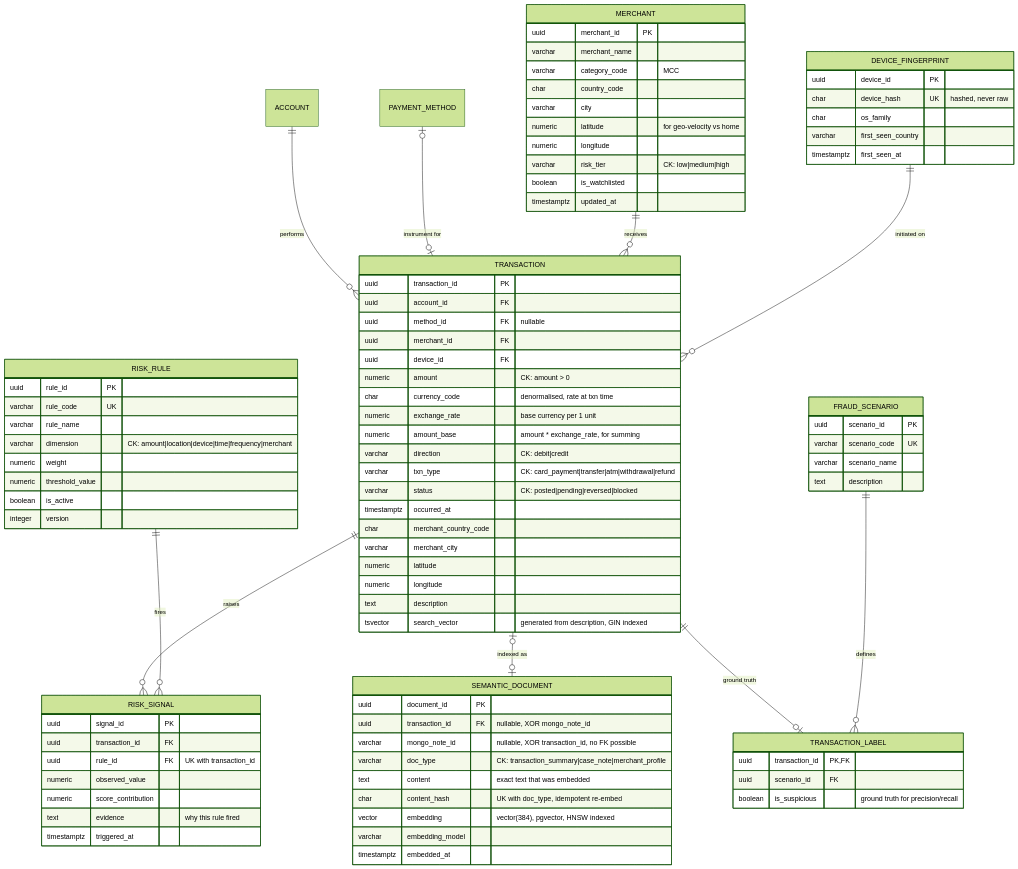
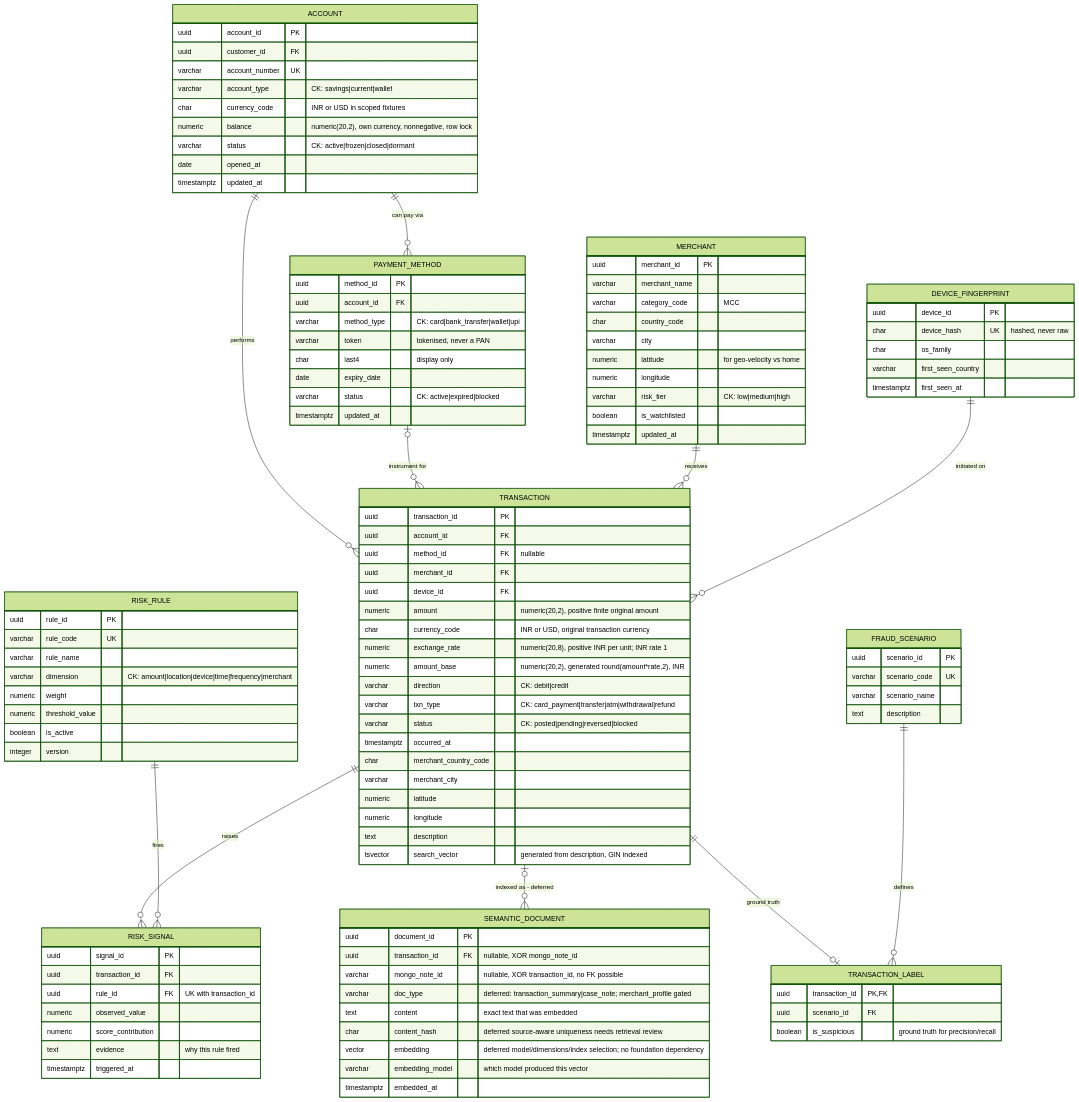
One commit to KadakWNL/finsight changed the second of 3 diagrams in docs/er-diagram.md. Above: the diagram before and after it, drawn with Mermaid (forest theme). The commit also changed other lines of this file and 18 other files, not shown here.

Commit message:
docs: reconcile ER artifacts with reviewed contracts

````diff
--- a/docs/er-diagram.md
+++ b/docs/er-diagram.md
@@ -91,35 +115,37 @@
 ```mermaid
 erDiagram
+    ACCOUNT ||--o{ PAYMENT_METHOD : "can pay via"
     ACCOUNT ||--o{ TRANSACTION : "performs"
-    PAYMENT_METHOD o|--o| TRANSACTION : "instrument for"
+    PAYMENT_METHOD o|--o{ TRANSACTION : "instrument for"
     MERCHANT ||--o{ TRANSACTION : "receives"
     DEVICE_FINGERPRINT ||--o{ TRANSACTION : "initiated on"
     TRANSACTION ||--o{ RISK_SIGNAL : "raises"
     RISK_RULE ||--o{ RISK_SIGNAL : "fires"
-    TRANSACTION o|--o| SEMANTIC_DOCUMENT : "indexed as"
+    TRANSACTION o|--o{ SEMANTIC_DOCUMENT : "indexed as - deferred"
     TRANSACTION ||--o| TRANSACTION_LABEL : "ground truth"
     FRAUD_SCENARIO ||--o{ TRANSACTION_LABEL : "defines"
 
-    TRANSACTION {
-        uuid transaction_id PK
+    ACCOUNT {
+        uuid account_id PK
+        uuid customer_id FK
+        varchar account_number UK
+        varchar account_type "CK: savings|current|wallet"
+        char currency_code "INR or USD in scoped fixtures"
+        numeric balance "numeric(20,2), own currency, nonnegative, row lock"
+        varchar status "CK: active|frozen|closed|dormant"
+        date opened_at
+        timestamptz updated_at
+    }
+
+    PAYMENT_METHOD {
+        uuid method_id PK
         uuid account_id FK
-        uuid method_id FK "nullable"
-        uuid merchant_id FK
-        uuid device_id FK
-        numeric amount "CK: amount > 0"
-        char currency_code "denormalised, rate at txn time"
-        numeric exchange_rate "base currency per 1 unit"
-        numeric amount_base "amount * exchange_rate, for summing"
-        varchar direction "CK: debit|credit"
-        varchar txn_type "CK: card_payment|transfer|atm|withdrawal|refund"
-        varchar status "CK: posted|pending|reversed|blocked"
-        timestamptz occurred_at
-        char merchant_country_code
-        varchar merchant_city
-        numeric latitude
-        numeric longitude
-        text description
-        tsvector search_vector "generated from description, GIN indexed"
+        varchar method_type "CK: card|bank_transfer|wallet|upi"
+        varchar token "tokenised, never a PAN"
+        char last4 "display only"
+        date expiry_date
+        varchar status "CK: active|expired|blocked"
+        timestamptz updated_at
     }
 
     MERCHANT {
@@ -141,6 +167,28 @@
         char os_family
         varchar first_seen_country
         timestamptz first_seen_at
+    }
+
+    TRANSACTION {
+        uuid transaction_id PK
+        uuid account_id FK
+        uuid method_id FK "nullable"
+        uuid merchant_id FK
+        uuid device_id FK
+        numeric amount "numeric(20,2), positive finite original amount"
+        char currency_code "INR or USD, original transaction currency"
+        numeric exchange_rate "numeric(20,8), positive INR per unit; INR rate 1"
+        numeric amount_base "numeric(20,2), generated round(amount*rate,2), INR"
+        varchar direction "CK: debit|credit"
+        varchar txn_type "CK: card_payment|transfer|atm|withdrawal|refund"
+        varchar status "CK: posted|pending|reversed|blocked"
+        timestamptz occurred_at
+        char merchant_country_code
+        varchar merchant_city
+        numeric latitude
+        numeric longitude
+        text description
+        tsvector search_vector "generated from description, GIN indexed"
     }
 
     RISK_RULE {
@@ -168,11 +216,11 @@
         uuid document_id PK
         uuid transaction_id FK "nullable, XOR mongo_note_id"
         varchar mongo_note_id "nullable, XOR transaction_id, no FK possible"
-        varchar doc_type "CK: transaction_summary|case_note|merchant_profile"
+        varchar doc_type "deferred: transaction_summary|case_note; merchant_profile gated"
         text content "exact text that was embedded"
-        char content_hash "UK with doc_type, idempotent re-embed"
-        vector embedding "vector(384), pgvector, HNSW indexed"
-        varchar embedding_model
+        char content_hash "deferred source-aware uniqueness needs retrieval review"
+        vector embedding "deferred model/dimensions/index selection; no foundation dependency"
+        varchar embedding_model "which model produced this vector"
         timestamptz embedded_at
     }
 
````
